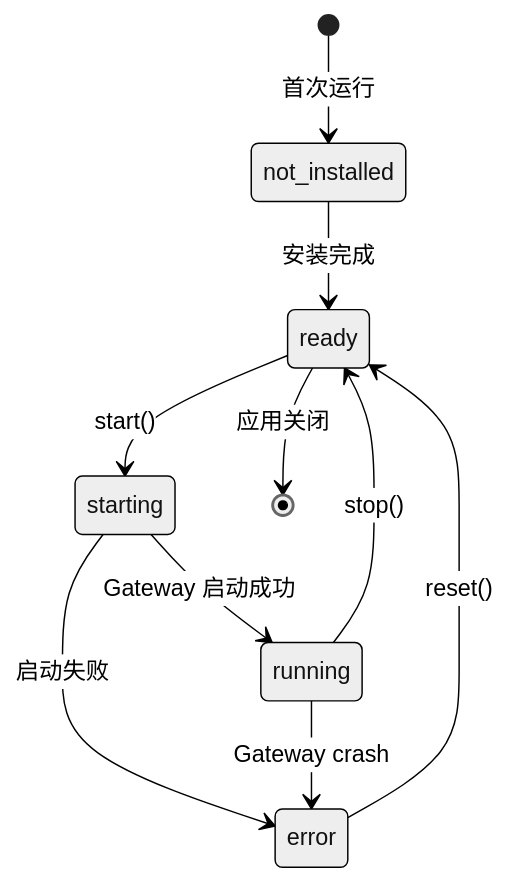
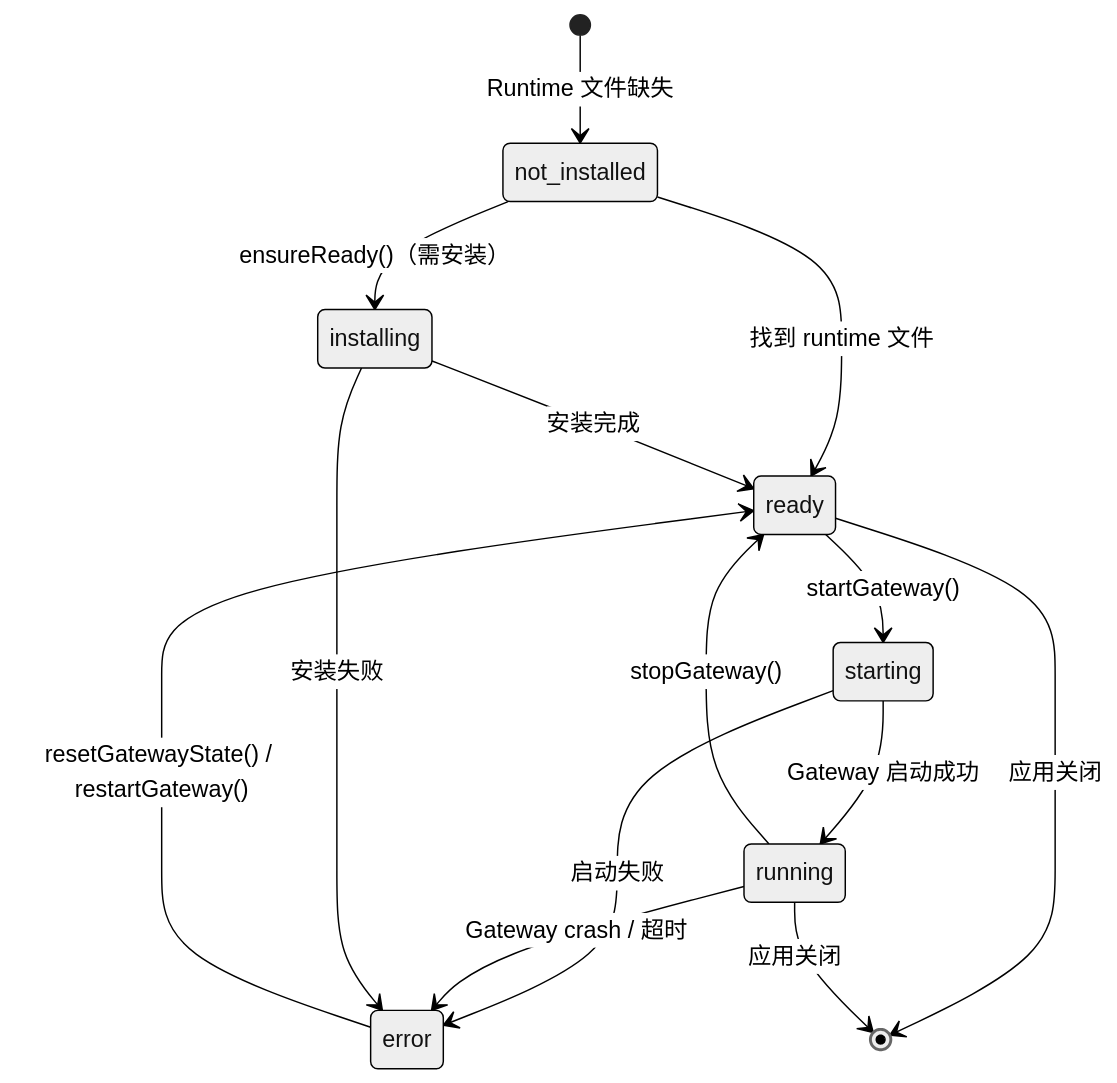
One commit to liangxhao/JustDo changed the diagram in docs/architecture/05-agent-engine.md. Above: the diagram before and after it, drawn with Mermaid (neutral theme). The commit also changed other lines of this file and 31 other files, not shown here.

First line of the commit message:
docs: comprehensive documentation update reflecting v2026.6 Thin Frontend architecture

````diff
--- a/docs/architecture/05-agent-engine.md
+++ b/docs/architecture/05-agent-engine.md
@@ -103,12 +106,16 @@
 ```mermaid
 stateDiagram-v2
-  [*] --> not_installed: 首次运行
-  not_installed --> ready: 安装完成
-  ready --> starting: start()
+  [*] --> not_installed: Runtime 文件缺失
+  not_installed --> ready: 找到 runtime 文件
+  not_installed --> installing: ensureReady()（需安装）
+  installing --> ready: 安装完成
+  ready --> starting: startGateway()
   starting --> running: Gateway 启动成功
   starting --> error: 启动失败
-  running --> error: Gateway crash
-  running --> ready: stop()
-  error --> ready: reset()
+  running --> error: Gateway crash / 超时
+  running --> ready: stopGateway()
+  error --> ready: resetGatewayState() / restartGateway()
+  installing --> error: 安装失败
   ready --> [*]: 应用关闭
+  running --> [*]: 应用关闭
 ```
````
